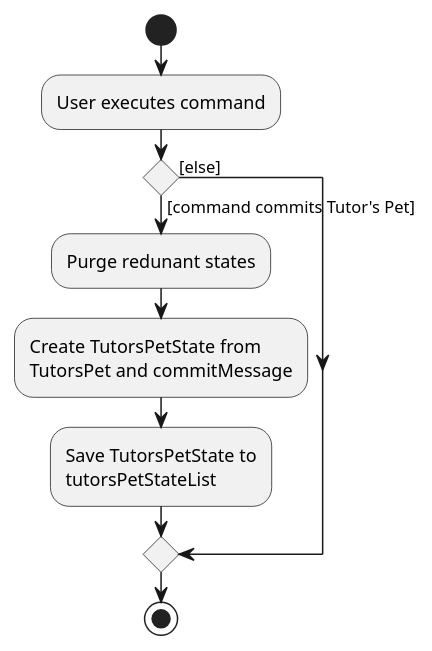
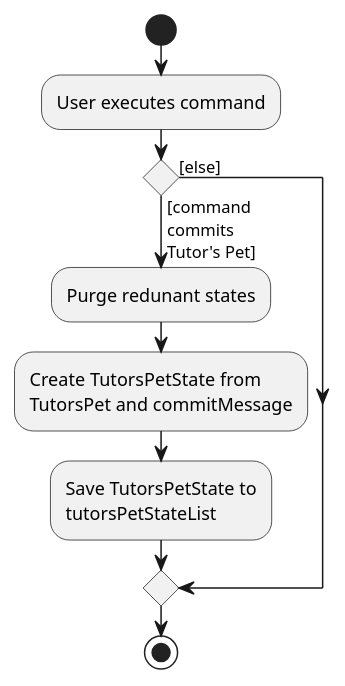
The diagram in docs/diagrams/CommitActivityDiagram.puml (ypinhsuan/tp), drawn with PlantUML before and after one commit. The commit also changed 2 other files, not shown here.

```diff
--- a/docs/diagrams/CommitActivityDiagram.puml
+++ b/docs/diagrams/CommitActivityDiagram.puml
@@ -1,17 +1,17 @@
 @startuml
 start
 :User executes command;
 
 'Since the beta syntax does not support placing the condition outside the
 'diamond we place it as the true branch instead.
 
-if () then ([command commits Tutor's Pet])
+if () then ([command\ncommits\nTutor's Pet]\n)
     :Purge redunant states;
     :Create TutorsPetState from
     TutorsPet and commitMessage;
     :Save TutorsPetState to
     tutorsPetStateList;
 else ([else])
 endif
 stop
 @enduml
```
